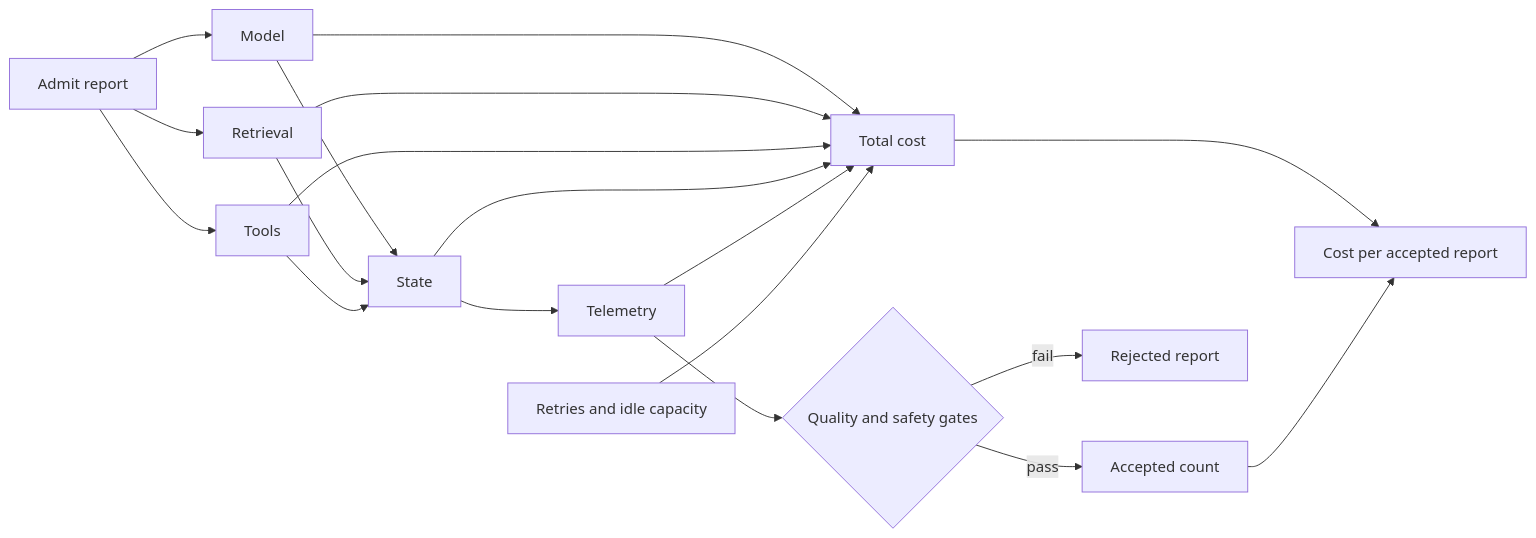
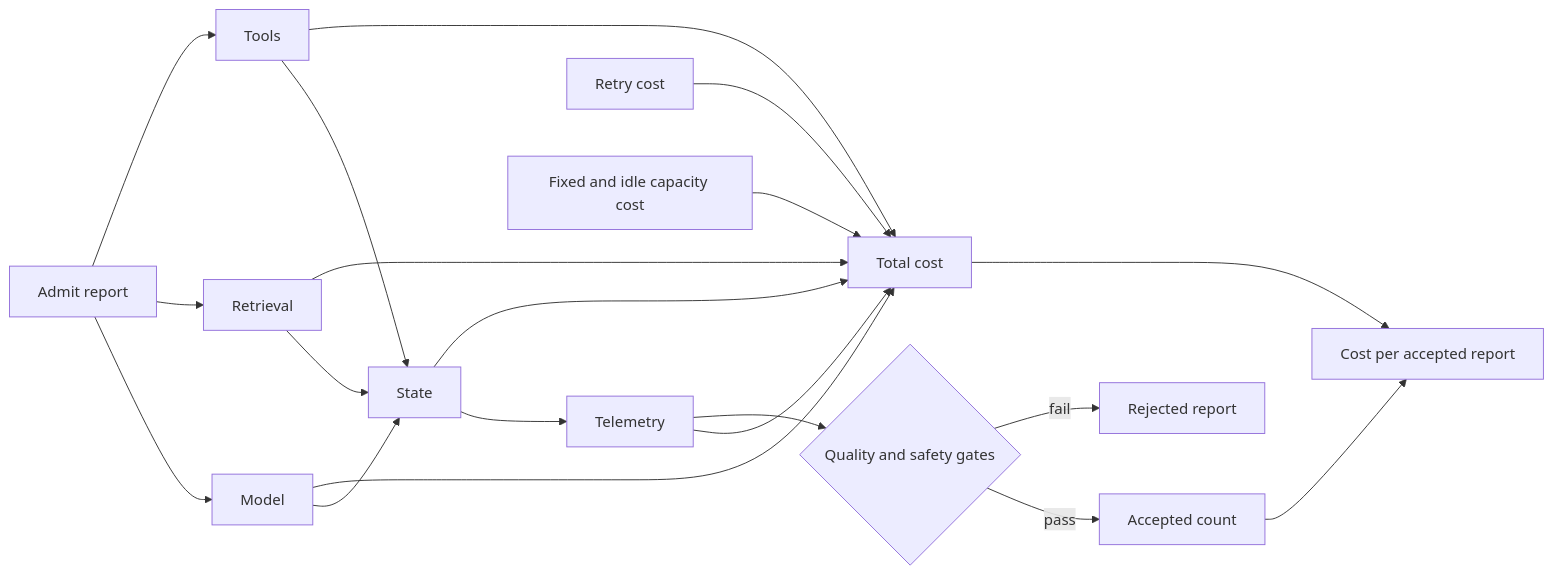
One commit to VikrantSingh01/Agentic_System_Design changed the first of 3 diagrams in modules/08-scale-economics-lifecycle/chapters/33-performance-cost-engineering.md. Above: the diagram before and after it, drawn with Mermaid. The commit also changed other lines of this file and 4 other files, not shown here.

````diff
--- a/modules/08-scale-economics-lifecycle/chapters/33-performance-cost-engineering.md
+++ b/modules/08-scale-economics-lifecycle/chapters/33-performance-cost-engineering.md
@@ -61,21 +61,22 @@
 ```mermaid
 flowchart LR
     A[Admit report] --> M[Model]
     A --> R[Retrieval]
     A --> T[Tools]
     M --> S[State]
     R --> S
     T --> S
     S --> O[Telemetry]
     M --> TC[Total cost]
     R --> TC
     T --> TC
     S --> TC
     O --> TC
-    C[Retries and idle capacity] --> TC
+    C[Retry cost] --> TC
+    F[Fixed and idle capacity cost] --> TC
     O --> E{Quality and safety gates}
     E -->|pass| Y[Accepted count]
     E -->|fail| N[Rejected report]
     TC --> U[Cost per accepted report]
     Y --> U
 ```
````
